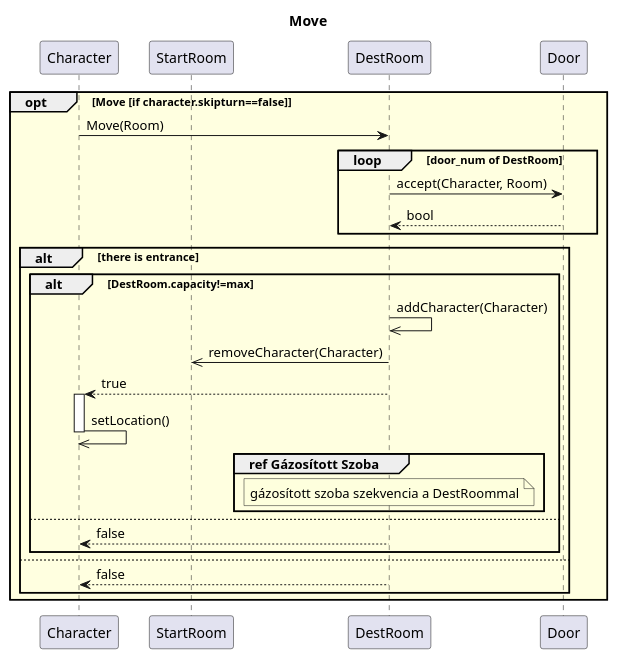
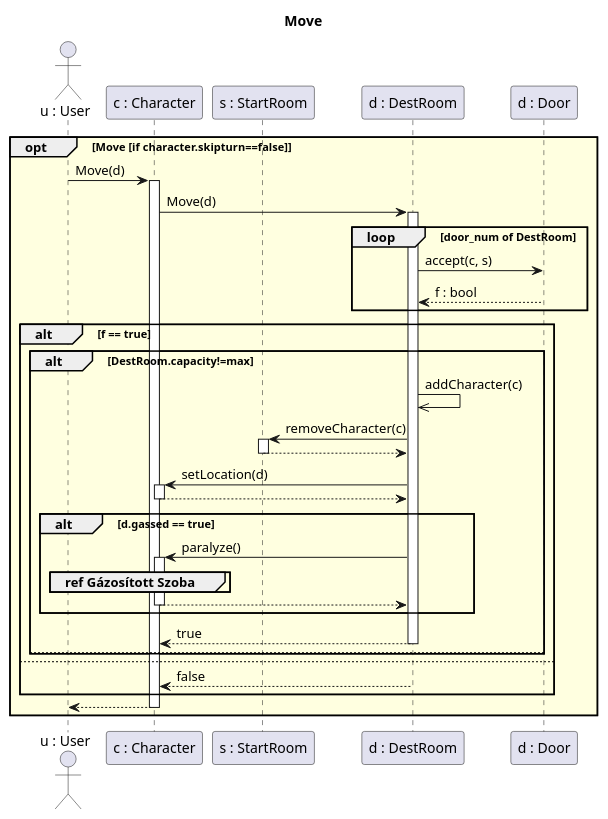
Before and after one commit to kipolaris/skyrimscriptsuttogok: the diagram in diagramms/src/move.puml, drawn with PlantUML. The commit also changed 4 other files, not shown here.

Commit message:
continued fixing diagrams

```diff
--- a/diagramms/src/move.puml
+++ b/diagramms/src/move.puml
@@ -1,42 +1,48 @@
 @startuml move
 
 Title Move
 
-participant Character as char
-participant StartRoom as sz
-participant DestRoom as dsz
-participant Door as a
+actor "u : User" as u
+participant "c : Character" as char
+participant "s : StartRoom" as sz
+participant "d : DestRoom" as dsz
+participant "d : Door" as a
 
 opt #lightyellow Move [if character.skipturn==false]
-    char->dsz : Move(Room)
+    u->char ++: Move(d)
+    char->dsz ++: Move(d)
 
     loop door_num of DestRoom
-        dsz->a : accept(Character, Room)
-        a-->dsz : bool
+        dsz->a : accept(c, s)
+        a-->dsz : f : bool
     end
 
-    alt there is entrance
+    alt f == true
         alt DestRoom.capacity!=max
 
-            dsz->>dsz : addCharacter(Character)
-            dsz->>sz : removeCharacter(Character)
+            dsz->>dsz : addCharacter(c)
+            dsz->sz ++: removeCharacter(c)
+            return
 
-            dsz-->char : true
-            activate char
-            char->>char : setLocation()
-            deactivate char
+            dsz->char ++: setLocation(d)
+            return
 
-            group ref Gázosított Szoba
-                note over dsz : gázosított szoba szekvencia a DestRoommal
+            alt d.gassed == true
+                dsz -> char ++: paralyze()
+                group ref Gázosított Szoba
+                end
+                return
             end
 
 
+            dsz-->char --: true
+
         else
-            dsz-->char : false
         end
     else
-        dsz-->char : false
+        dsz-->char --: false
     end
+    char-->u --:
 end
 
 @enduml
```
